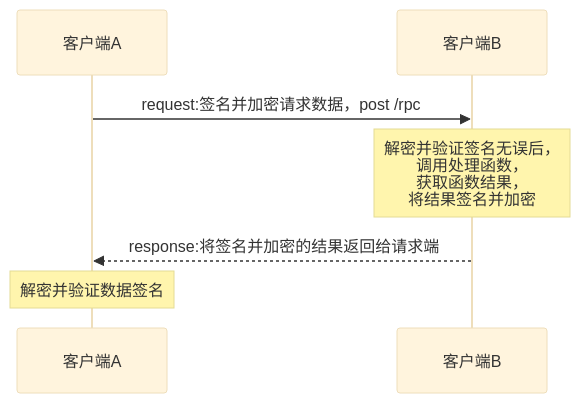
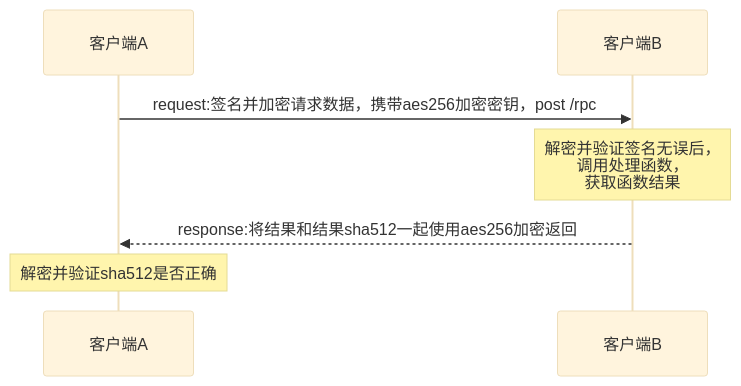
The fifth of 7 diagrams in README.md (Erriy/third), drawn with Mermaid (base theme) before and after one commit. The commit also changed 11 other files, not shown here.

````diff
--- a/README.md
+++ b/README.md
@@ -198,11 +198,11 @@
 ``` mermaid
 sequenceDiagram
     participant ca as 客户端A
     participant cb as 客户端B
 
-    ca->>cb: request:签名并加密请求数据，post /rpc
-    note over cb: 解密并验证签名无误后，<br>调用处理函数，<br>获取函数结果，<br>将结果签名并加密
-    cb-->>ca: response:将签名并加密的结果返回给请求端
+    ca->>cb: request:签名并加密请求数据，携带aes256加密密钥，post /rpc
+    note over cb: 解密并验证签名无误后，<br>调用处理函数，<br>获取函数结果
+    cb-->>ca: response:将结果和结果sha512一起使用aes256加密返回
 
-    note over ca: 解密并验证数据签名
+    note over ca: 解密并验证sha512是否正确
 ```
````
